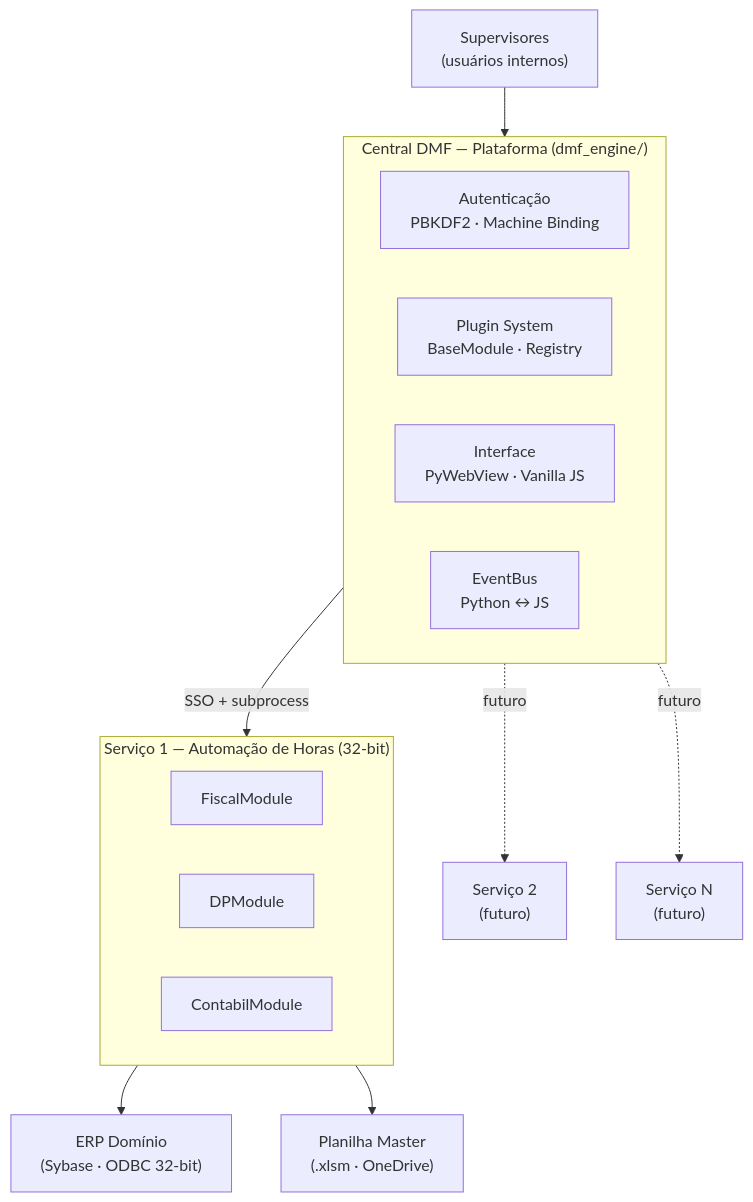
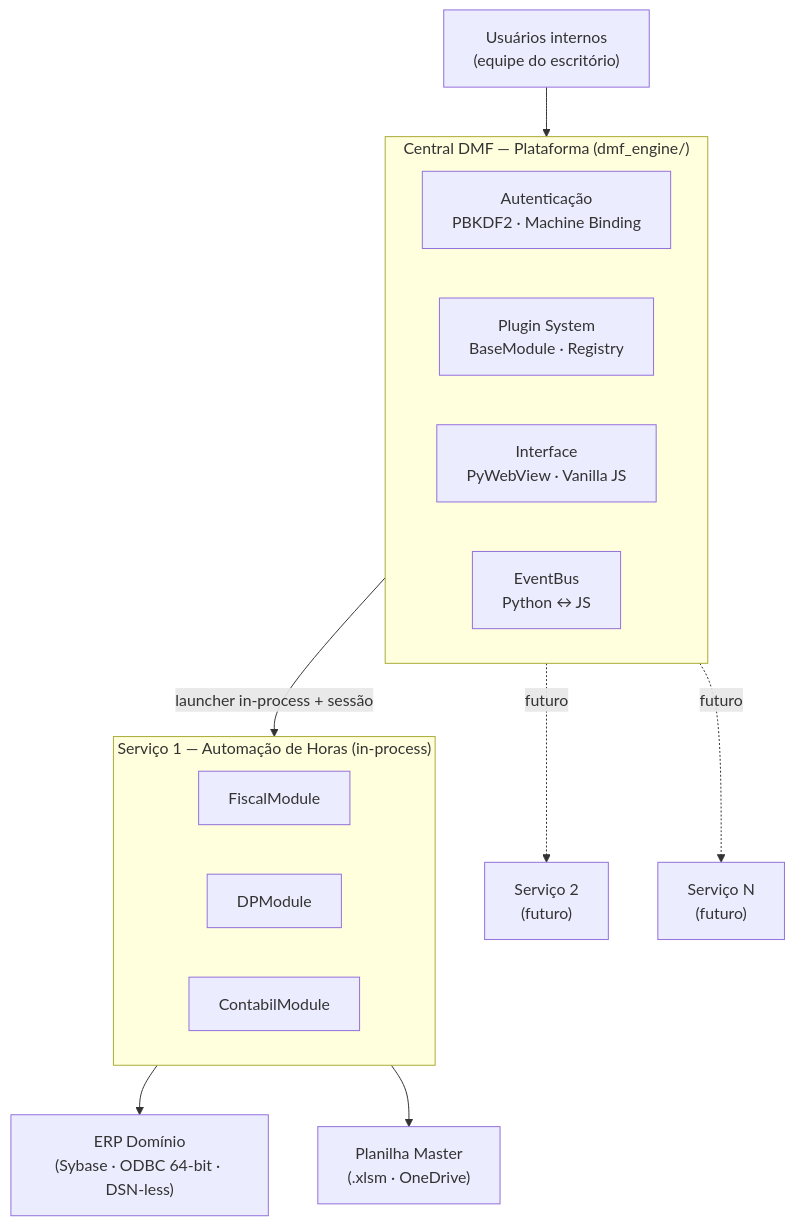
Before and after one commit to cors4rio/dmf-data-engine: the first of 4 diagrams in docs/arquitetura.md, drawn with Mermaid. The commit also changed other lines of this file and 30 other files, not shown here.

````diff
--- a/docs/arquitetura.md
+++ b/docs/arquitetura.md
@@ -25,30 +25,30 @@
 ```mermaid
 graph TD
-    USR["Supervisores\n(usuários internos)"]
+    USR["Usuários internos\n(equipe do escritório)"]
 
     subgraph PLATAFORMA["Central DMF — Plataforma (dmf_engine/)"]
         AUTH["Autenticação\nPBKDF2 · Machine Binding"]
         PLUGINS["Plugin System\nBaseModule · Registry"]
         UI["Interface\nPyWebView · Vanilla JS"]
         BUS["EventBus\nPython ↔ JS"]
     end
 
-    subgraph S1["Serviço 1 — Automação de Horas (32-bit)"]
+    subgraph S1["Serviço 1 — Automação de Horas (in-process)"]
         FISCAL["FiscalModule"]
         DP["DPModule"]
         CONTABIL["ContabilModule"]
     end
 
     S2["Serviço 2\n(futuro)"]
     SN["Serviço N\n(futuro)"]
 
-    ODBC["ERP Domínio\n(Sybase · ODBC 32-bit)"]
+    ODBC["ERP Domínio\n(Sybase · ODBC 64-bit · DSN-less)"]
     MASTER["Planilha Master\n(.xlsm · OneDrive)"]
 
     USR --> PLATAFORMA
-    PLATAFORMA -->|"SSO + subprocess"| S1
+    PLATAFORMA -->|"launcher in-process + sessão"| S1
     PLATAFORMA -. "futuro" .-> S2
     PLATAFORMA -. "futuro" .-> SN
     S1 --> ODBC
     S1 --> MASTER
 ```
````
